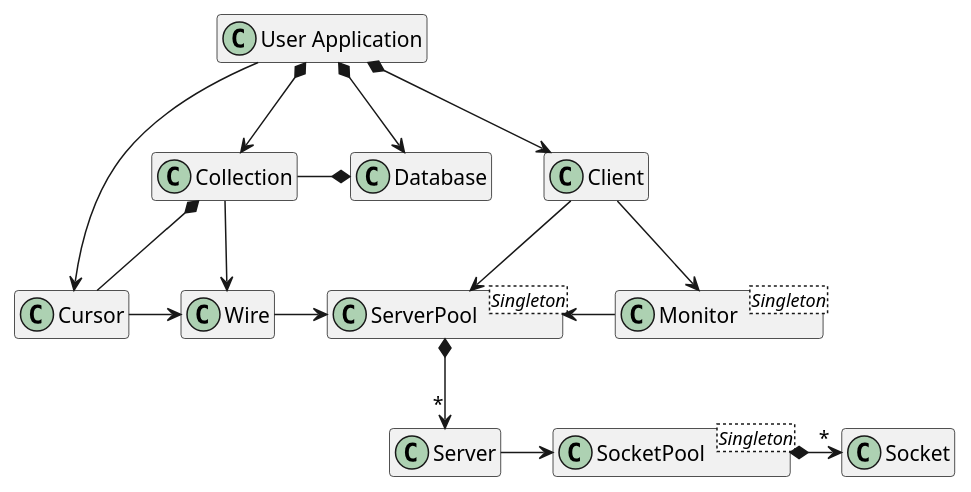
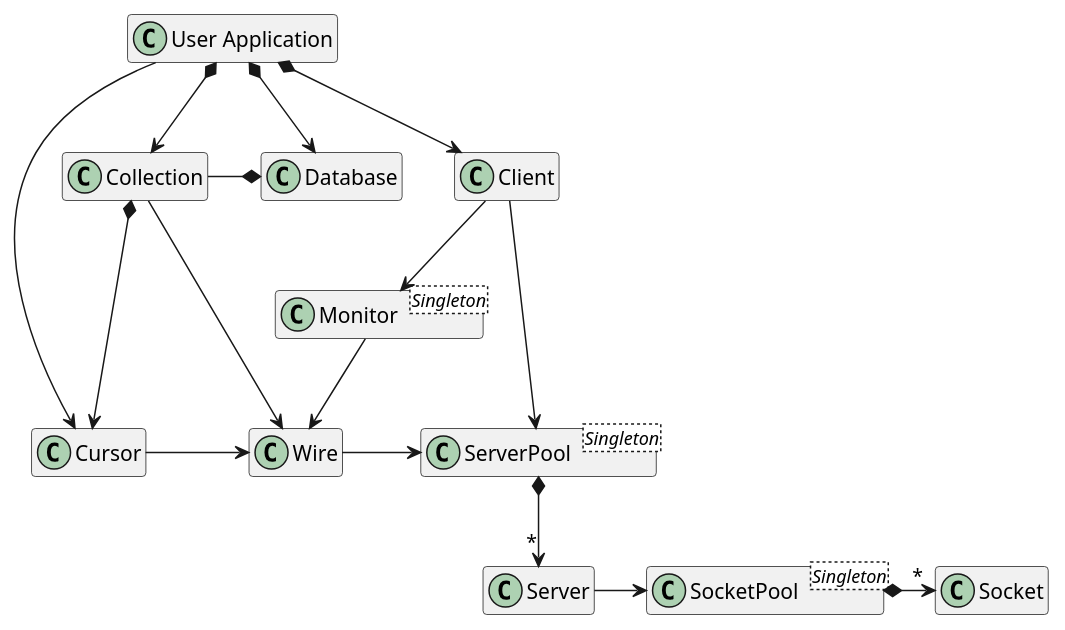
The diagram in doc/uml/mdb02.md (MARTIMM/raku-mongodb-driver), drawn with PlantUML before and after one commit. The commit also changed 9 other files, not shown here.

````diff
--- a/doc/uml/mdb02.md
+++ b/doc/uml/mdb02.md
@@ -1,33 +1,32 @@
 ```plantuml
 @startuml
 
 skinparam packageStyle rectangle
 skinparam stereotypeCBackgroundColor #80ffff
 'set namespaceSeparator ::
 hide members
 
 class "User Application" as Application
 class Monitor<Singleton>
 class ServerPool<Singleton>
 class SocketPool<Singleton>
 
 Application *--> Client
 Application *--> Database
 Application *--> Collection
 
 Client --> Monitor
-Client --> ServerPool
+Client ---> ServerPool
 ServerPool *--> "*" Server
 Server -> SocketPool
 SocketPool *-> "*" Socket
 Collection -* Database
-Collection -> Wire
-Collection *-- Cursor
+Collection ---> Wire
+Collection *---> Cursor
 Application --> Cursor
 
 Cursor -> Wire
 Wire -> ServerPool
-ServerPool <- Monitor
-
+Monitor --> Wire
 @enduml
 ```
````
